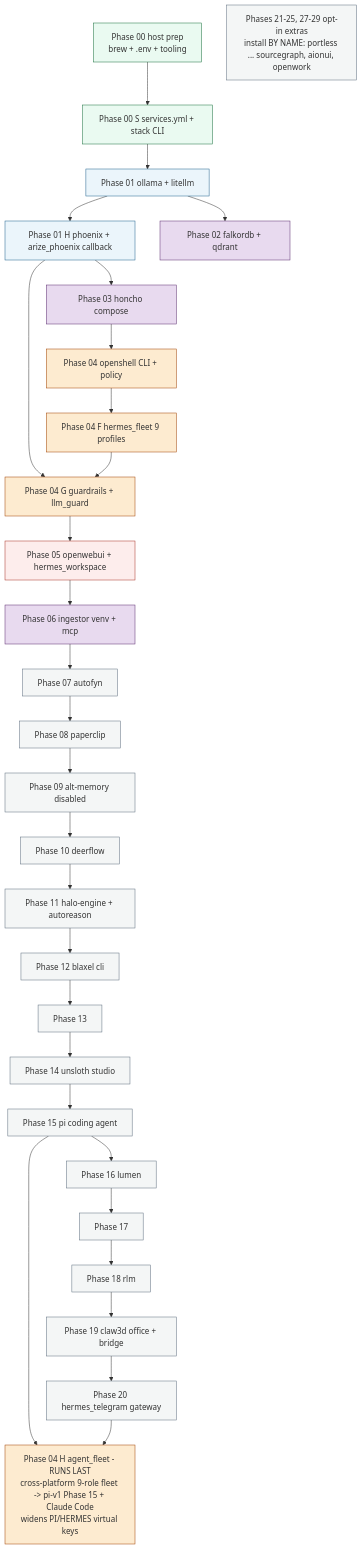
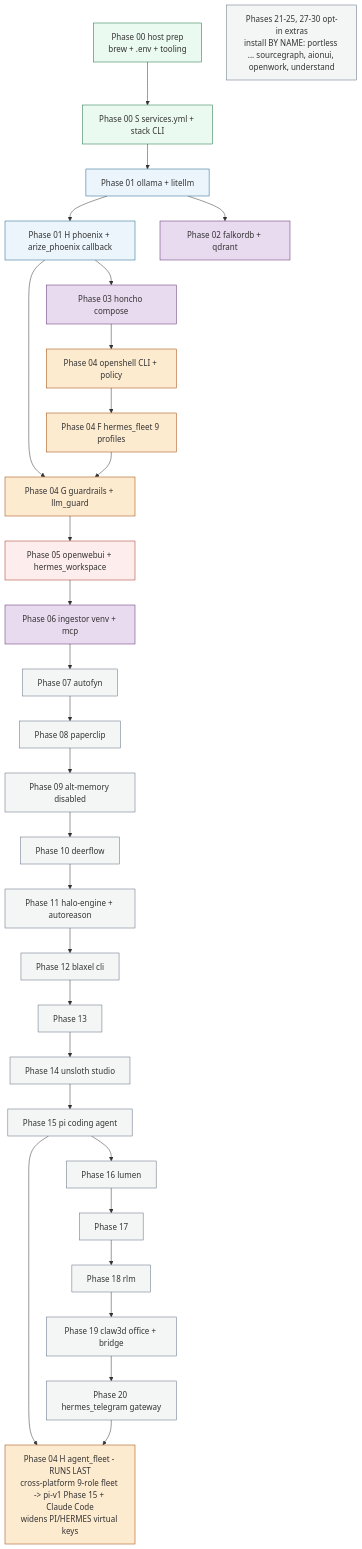
One commit to mayssamj/versatile-ai-stack changed the sixth of 6 diagrams in doc/DEPENDENCIES.md. Above: the diagram before and after it, drawn with Mermaid. The commit also changed 13 other files, not shown here.

````diff
--- a/doc/DEPENDENCIES.md
+++ b/doc/DEPENDENCIES.md
@@ -365,49 +365,49 @@
 ```mermaid
 graph TD
   classDef host fill:#eafaf1,stroke:#196f3d
   classDef inf fill:#ebf5fb,stroke:#1f618d
   classDef store fill:#e8daef,stroke:#5b2c6f
   classDef sec fill:#fdebd0,stroke:#a04000
   classDef ui fill:#fdedec,stroke:#a93226
   classDef opt fill:#f4f6f6,stroke:#5d6d7e
 
   p00[Phase 00 host prep<br/>brew + .env + tooling]:::host
   p00s[Phase 00 S services.yml + stack CLI]:::host
   p01[Phase 01 ollama + litellm]:::inf
   p01h[Phase 01 H phoenix + arize_phoenix callback]:::inf
   p02[Phase 02 falkordb + qdrant]:::store
   p03[Phase 03 honcho compose]:::store
   p04[Phase 04 openshell CLI + policy]:::sec
   p04f[Phase 04 F hermes_fleet 9 profiles]:::sec
   p04g[Phase 04 G guardrails + llm_guard]:::sec
   p05[Phase 05 openwebui + hermes_workspace]:::ui
   p06[Phase 06 ingestor venv + mcp]:::store
   p07[Phase 07 autofyn]:::opt
   p08[Phase 08 paperclip]:::opt
   p09[Phase 09 alt-memory disabled]:::opt
   p10[Phase 10 deerflow]:::opt
   p11[Phase 11 halo-engine + autoreason]:::opt
   p12[Phase 12 blaxel cli]:::opt
   p13[Phase 13]:::opt
   p14[Phase 14 unsloth studio]:::opt
   p15[Phase 15 pi coding agent]:::opt
   p16[Phase 16 lumen]:::opt
   p17[Phase 17]:::opt
   p18[Phase 18 rlm]:::opt
   p19[Phase 19 claw3d office + bridge]:::opt
   p20[Phase 20 hermes_telegram gateway]:::opt
-  p21_26[Phases 21-25, 27-29 opt-in extras<br/>install BY NAME: portless ... sourcegraph, aionui, openwork]:::opt
+  p21_26[Phases 21-25, 27-30 opt-in extras<br/>install BY NAME: portless ... sourcegraph, aionui, openwork, understand]:::opt
   p04h[Phase 04 H agent_fleet - RUNS LAST<br/>cross-platform 9-role fleet -> pi-v1 Phase 15 + Claude Code<br/>widens PI/HERMES virtual keys]:::sec
 
   p00 --> p00s --> p01 --> p01h
   p01 --> p02
   p01h --> p03
   p03 --> p04 --> p04f
   p01h --> p04g
   p04f --> p04g
   p04g --> p05
   p05 --> p06
   p06 --> p07 --> p08 --> p09 --> p10 --> p11 --> p12 --> p13 --> p14 --> p15 --> p16 --> p17 --> p18 --> p19 --> p20
   p15 --> p04h
   p20 --> p04h
 ```
````
